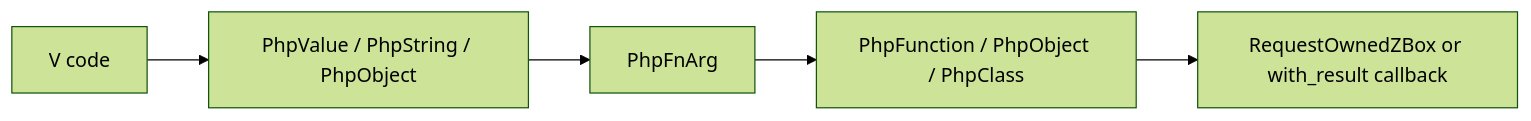
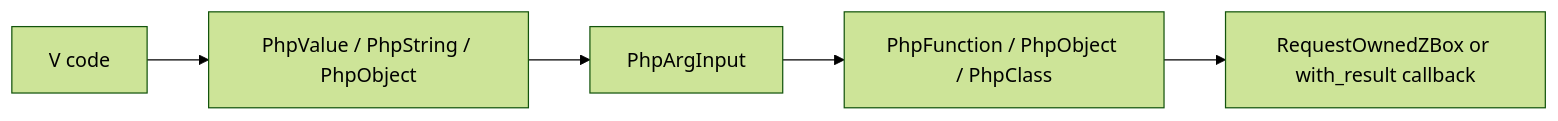
One commit to guweigang/vphpx changed the third of 4 diagrams in vphp/docs/value_layers.md. Above: the diagram before and after it, drawn with Mermaid (forest theme). The commit also changed other lines of this file and 7 other files, not shown here.

````diff
--- a/vphp/docs/value_layers.md
+++ b/vphp/docs/value_layers.md
@@ -326,7 +361,7 @@
 ```mermaid
 flowchart LR
     V["V code"] --> SEM["PhpValue / PhpString / PhpObject"]
-    SEM --> ARG["PhpFnArg"]
+    SEM --> ARG["PhpArgInput"]
     ARG --> CALL["PhpFunction / PhpObject / PhpClass"]
     CALL --> RESULT["RequestOwnedZBox or with_result callback"]
 ```
````
